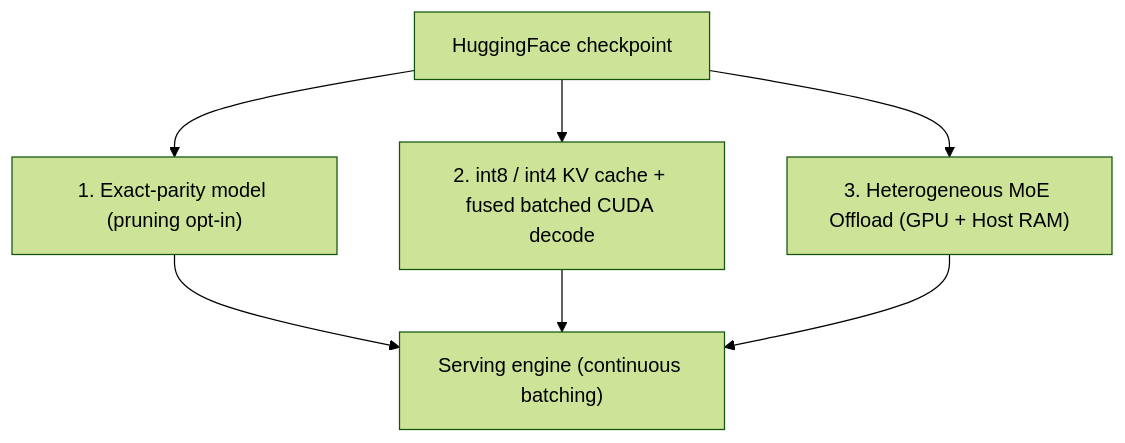
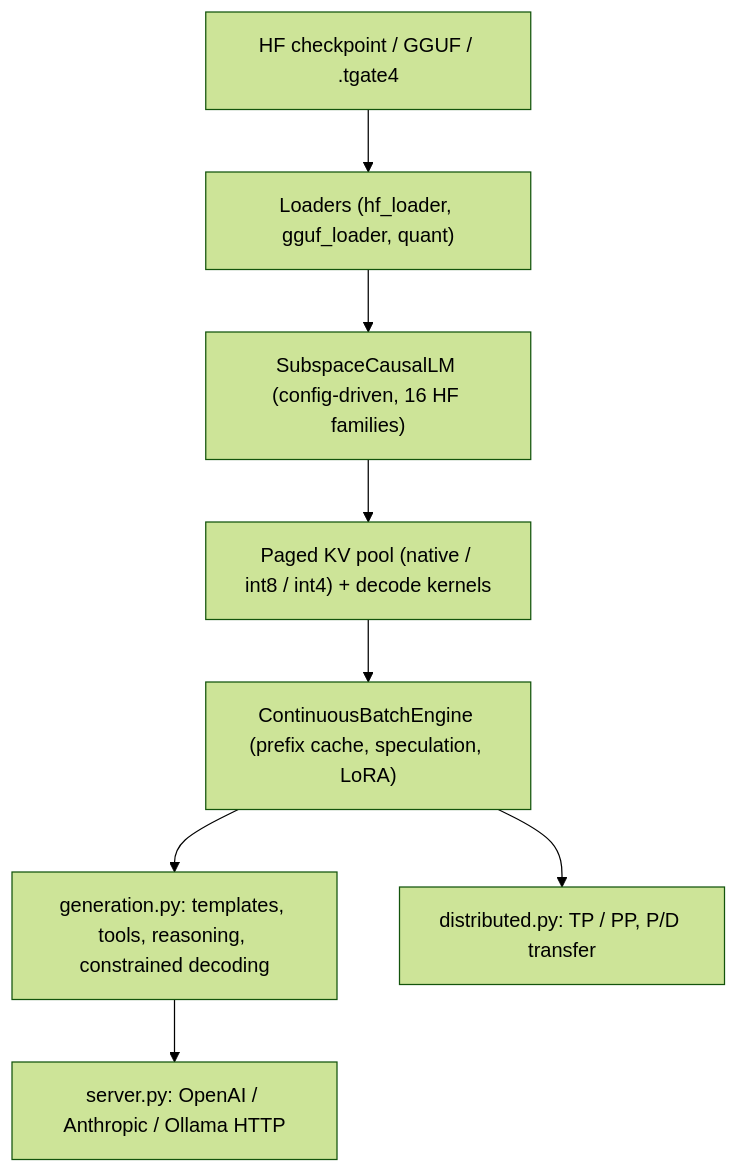
One commit to intutic/turing changed the diagram in docs/architecture.md. Above: the diagram before and after it, drawn with Mermaid (forest theme). The commit also changed other lines of this file and 15 other files, not shown here.

````diff
--- a/docs/architecture.md
+++ b/docs/architecture.md
@@ -5,9 +3,10 @@
 ```mermaid
 graph TD
-    A["HuggingFace checkpoint"] --> B["1. Exact-parity model (pruning opt-in)"]
-    A --> C["2. int8 / int4 KV cache + fused batched CUDA decode"]
-    A --> D["3. Heterogeneous MoE Offload (GPU + Host RAM)"]
-    B --> E["Serving engine (continuous batching)"]
-    C --> E
-    D --> E
+    A["HF checkpoint / GGUF / .tgate4"] --> B["Loaders (hf_loader, gguf_loader, quant)"]
+    B --> C["SubspaceCausalLM (config-driven, 16 HF families)"]
+    C --> D["Paged KV pool (native / int8 / int4) + decode kernels"]
+    D --> E["ContinuousBatchEngine (prefix cache, speculation, LoRA)"]
+    E --> F["generation.py: templates, tools, reasoning, constrained decoding"]
+    F --> G["server.py: OpenAI / Anthropic / Ollama HTTP"]
+    E --> H["distributed.py: TP / PP, P/D transfer"]
 ```
````
